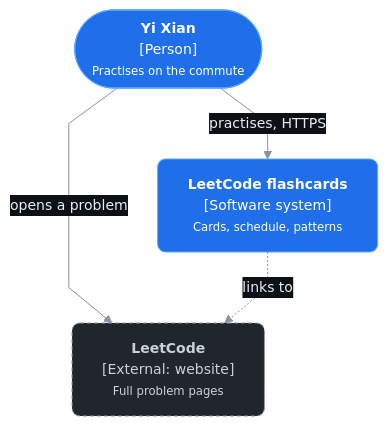
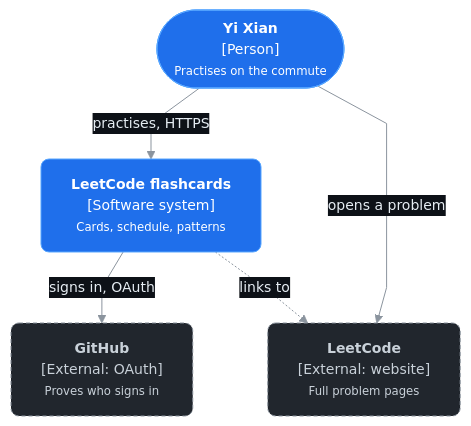
One commit to lyeyixian/leetcode-flashcards changed the first of 3 diagrams in docs/architecture/README.md. Above: the diagram before and after it, drawn with Mermaid. The commit also changed other lines of this file and 3 other files, not shown here.

First line of the commit message:
docs(adr): record GitHub sign-in through Supabase Auth

````diff
--- a/docs/architecture/README.md
+++ b/docs/architecture/README.md
@@ -14,18 +14,20 @@
 ```mermaid
 %%{init: {"theme":"base","themeVariables":{"fontFamily":"system-ui, sans-serif","fontSize":"14px","lineColor":"#8b949e","clusterBkg":"#161b22","clusterBorder":"#30363d","edgeLabelBackground":"#0d1117","primaryTextColor":"#e6edf3","titleColor":"#e6edf3"},"flowchart":{"curve":"linear","nodeSpacing":40,"rankSpacing":50}}}%%
 flowchart TB
     user(["<b>Yi Xian</b><br/>[Person]<br/><small>Practises on the commute</small>"]):::person
     system["<b>LeetCode flashcards</b><br/>[Software system]<br/><small>Cards, schedule, patterns</small>"]:::system
     leetcode["<b>LeetCode</b><br/>[External: website]<br/><small>Full problem pages</small>"]:::external
+    github["<b>GitHub</b><br/>[External: OAuth]<br/><small>Proves who signs in</small>"]:::external
 
     user -- "practises, HTTPS" --> system
+    system -- "signs in, OAuth" --> github
     user -- "opens a problem" --> leetcode
     system -. "links to" .-> leetcode
 
     classDef person fill:#1f6feb,stroke:#58a6ff,color:#ffffff,rx:8,ry:8
     classDef system fill:#1f6feb,stroke:#58a6ff,color:#ffffff,rx:8,ry:8
     classDef container fill:#0c2d6b,stroke:#388bfd,color:#e6edf3,rx:8,ry:8
     classDef component fill:#0c2d6b,stroke:#388bfd,color:#e6edf3,rx:8,ry:8
     classDef store fill:#0c2d6b,stroke:#388bfd,color:#e6edf3
     classDef external fill:#21262d,stroke:#8b949e,color:#c9d1d9,stroke-dasharray:4 3,rx:8,ry:8
 ```
````
